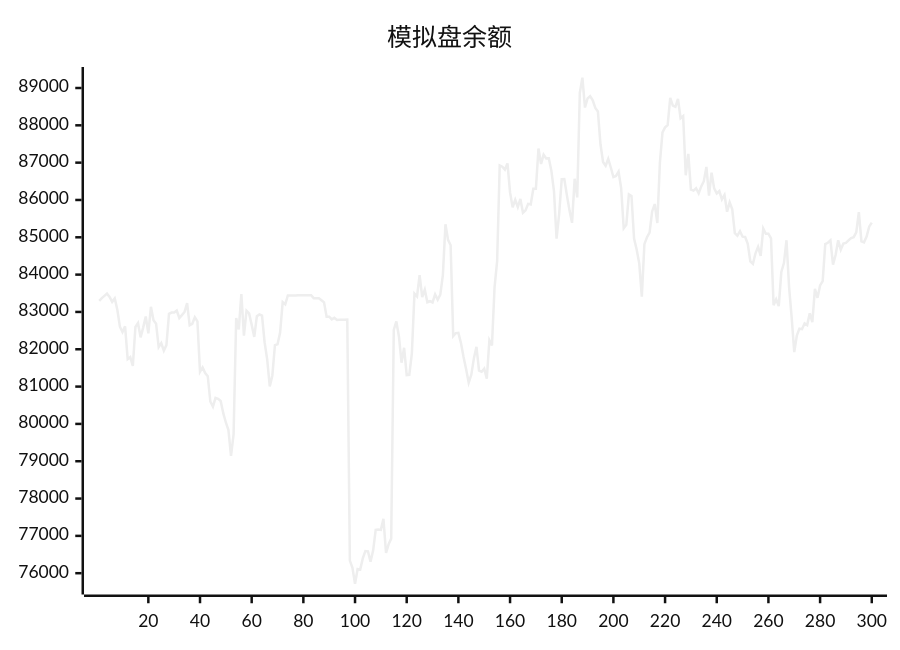
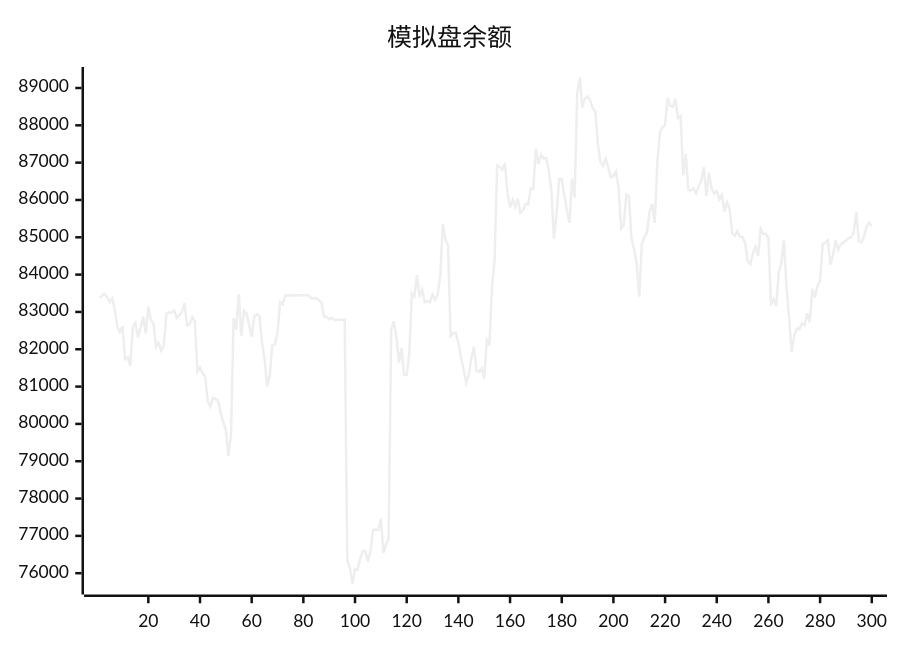
One commit to aahl/ai-trading changed the diagram in README.md. Above: the diagram before and after it, drawn with Mermaid (neutral theme). The commit also changed other lines of this file and 1 other file, not shown here.

````diff
--- a/README.md
+++ b/README.md
@@ -5,5 +5,5 @@
 ```mermaid
 xychart
     title "模拟盘余额"
-    line [83299,83369,83430,83490,83404,83270,83362,83056,82605,82459,82614,81734,81788,81551,82598,82702,82320,82580,82878,82426,83139,82778,82686,82056,82166,81963,82110,82951,82983,82984,83038,82838,82915,82998,83235,82642,82682,82858,82746,81396,81512,81362,81277,80600,80461,80699,80673,80616,80288,80038,79836,79142,79722,82837,82533,83480,82366,83032,82960,82654,82330,82883,82934,82901,82188,81728,81005,81298,82110,82135,82449,83264,83203,83440,83439,83440,83440,83446,83447,83448,83447,83448,83449,83369,83369,83369,83313,83256,82872,82873,82801,82844,82785,82791,82791,82793,82794,76339,76145,75714,76110,76096,76397,76594,76585,76310,76607,77160,77170,77160,77456,76541,76774,76927,82520,82744,82337,81639,82040,81307,81314,81887,83490,83414,83984,83396,83594,83261,83287,83253,83470,83327,83465,83987,85348,84930,84786,82355,82433,82438,82167,81795,81466,81105,81315,81756,82064,81426,81398,81481,81210,82242,82099,83658,84359,86925,86892,86814,86980,86203,85802,86003,85811,86028,85657,85721,85896,85880,86300,86299,87378,86965,87214,87115,87118,86780,86238,84966,85623,86555,86562,86129,85722,85387,86569,86070,88870,89278,88477,88720,88781,88668,88467,88372,87493,87018,86917,87102,86870,86613,86644,86758,86317,85242,85334,86149,86106,84968,84671,84302,83410,84816,85001,85127,85693,85891,85384,87001,87811,87945,88007,88734,88528,88495,88705,88189,88248,86662,87234,86279,86251,86314,86177,86364,86503,86886,86114,86731,86310,86176,86240,86017,86136,85685,85938,85749,85111,85044,85164,85016,85008,84824,84354,84287,84572,84745,84500,85234,85096,85095,84970,83180,83338,83157,84070,84309,84922,83667,82850,81924,82369,82552,82539,82695,82648,82962,82728,83619,83378,83710,83825,84819,84854,84917,84265,84527,84919,84668,84834,84850,84916,84981,85004,85131,85674,84891,84864,85019,85284,85393]
+    line [83369,83430,83490,83404,83270,83362,83056,82605,82459,82614,81734,81788,81551,82598,82702,82320,82580,82878,82426,83139,82778,82686,82056,82166,81963,82110,82951,82983,82984,83038,82838,82915,82998,83235,82642,82682,82858,82746,81396,81512,81362,81277,80600,80461,80699,80673,80616,80288,80038,79836,79142,79722,82837,82533,83480,82366,83032,82960,82654,82330,82883,82934,82901,82188,81728,81005,81298,82110,82135,82449,83264,83203,83440,83439,83440,83440,83446,83447,83448,83447,83448,83449,83369,83369,83369,83313,83256,82872,82873,82801,82844,82785,82791,82791,82793,82794,76339,76145,75714,76110,76096,76397,76594,76585,76310,76607,77160,77170,77160,77456,76541,76774,76927,82520,82744,82337,81639,82040,81307,81314,81887,83490,83414,83984,83396,83594,83261,83287,83253,83470,83327,83465,83987,85348,84930,84786,82355,82433,82438,82167,81795,81466,81105,81315,81756,82064,81426,81398,81481,81210,82242,82099,83658,84359,86925,86892,86814,86980,86203,85802,86003,85811,86028,85657,85721,85896,85880,86300,86299,87378,86965,87214,87115,87118,86780,86238,84966,85623,86555,86562,86129,85722,85387,86569,86070,88870,89278,88477,88720,88781,88668,88467,88372,87493,87018,86917,87102,86870,86613,86644,86758,86317,85242,85334,86149,86106,84968,84671,84302,83410,84816,85001,85127,85693,85891,85384,87001,87811,87945,88007,88734,88528,88495,88705,88189,88248,86662,87234,86279,86251,86314,86177,86364,86503,86886,86114,86731,86310,86176,86240,86017,86136,85685,85938,85749,85111,85044,85164,85016,85008,84824,84354,84287,84572,84745,84500,85234,85096,85095,84970,83180,83338,83157,84070,84309,84922,83667,82850,81924,82369,82552,82539,82695,82648,82962,82728,83619,83378,83710,83825,84819,84854,84917,84265,84527,84919,84668,84834,84850,84916,84981,85004,85131,85674,84891,84864,85019,85284,85393,85294]
 ```
````
